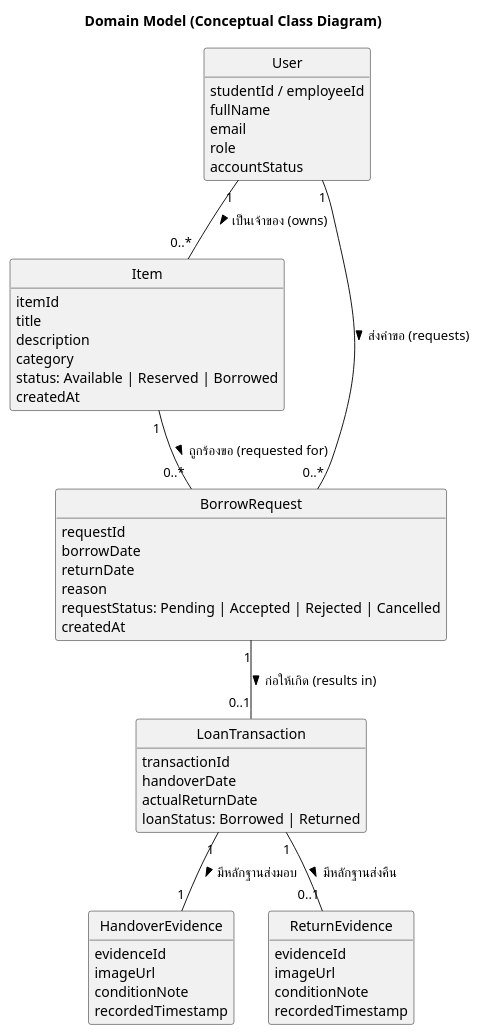
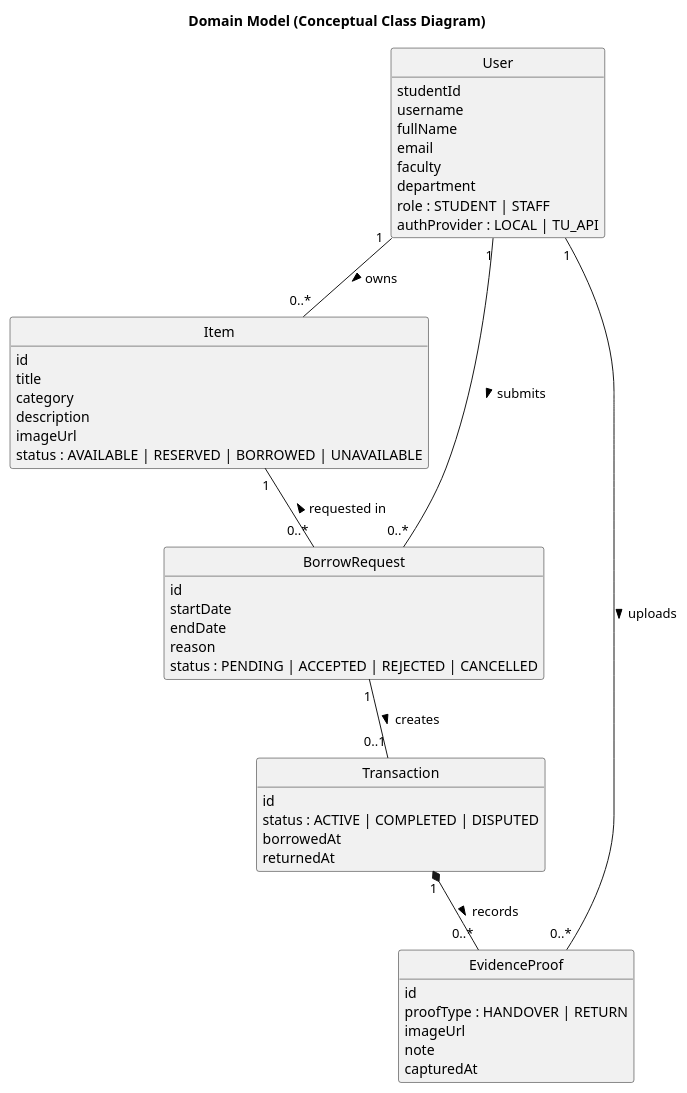
The diagram in docs/project/uml/domainDiagram.puml (nrokariw/CS261_G06), drawn with PlantUML before and after one commit. The commit also changed 16 other files, not shown here.

Commit message:
docs(uml): add DFD diagrams and simplify US-01 to US-09 UML diagrams in English

```diff
--- a/docs/project/uml/domainDiagram.puml
+++ b/docs/project/uml/domainDiagram.puml
@@ -1,61 +1,56 @@
 @startuml
 title Domain Model (Conceptual Class Diagram)
 hide methods
 skinparam classAttributeIconSize 0
 skinparam style strictuml
 
 class User {
-  studentId / employeeId
+  studentId
+  username
   fullName
   email
-  role
-  accountStatus
+  faculty
+  department
+  role : STUDENT | STAFF
+  authProvider : LOCAL | TU_API
 }
 
 class Item {
-  itemId
+  id
   title
+  category
   description
-  category
-  status: Available | Reserved | Borrowed
-  createdAt
+  imageUrl
+  status : AVAILABLE | RESERVED | BORROWED | UNAVAILABLE
 }
 
 class BorrowRequest {
-  requestId
-  borrowDate
-  returnDate
+  id
+  startDate
+  endDate
   reason
-  requestStatus: Pending | Accepted | Rejected | Cancelled
-  createdAt
+  status : PENDING | ACCEPTED | REJECTED | CANCELLED
 }
 
-class LoanTransaction {
-  transactionId
-  handoverDate
-  actualReturnDate
-  loanStatus: Borrowed | Returned
+class Transaction {
+  id
+  status : ACTIVE | COMPLETED | DISPUTED
+  borrowedAt
+  returnedAt
 }
 
-class HandoverEvidence {
-  evidenceId
+class EvidenceProof {
+  id
+  proofType : HANDOVER | RETURN
   imageUrl
-  conditionNote
-  recordedTimestamp
+  note
+  capturedAt
 }
 
-class ReturnEvidence {
-  evidenceId
-  imageUrl
-  conditionNote
-  recordedTimestamp
-}
-
-User "1" -- "0..*" Item : เป็นเจ้าของ (owns) >
-User "1" -- "0..*" BorrowRequest : ส่งคำขอ (requests) >
-Item "1" -- "0..*" BorrowRequest : ถูกร้องขอ (requested for) >
-
-BorrowRequest "1" -- "0..1" LoanTransaction : ก่อให้เกิด (results in) >
-LoanTransaction "1" -- "1" HandoverEvidence : มีหลักฐานส่งมอบ >
-LoanTransaction "1" -- "0..1" ReturnEvidence : มีหลักฐานส่งคืน >
+User "1" -- "0..*" Item : owns >
+User "1" -- "0..*" BorrowRequest : submits >
+Item "1" -- "0..*" BorrowRequest : requested in <
+BorrowRequest "1" -- "0..1" Transaction : creates >
+Transaction "1" *-- "0..*" EvidenceProof : records >
+User "1" -- "0..*" EvidenceProof : uploads >
 @enduml
```
